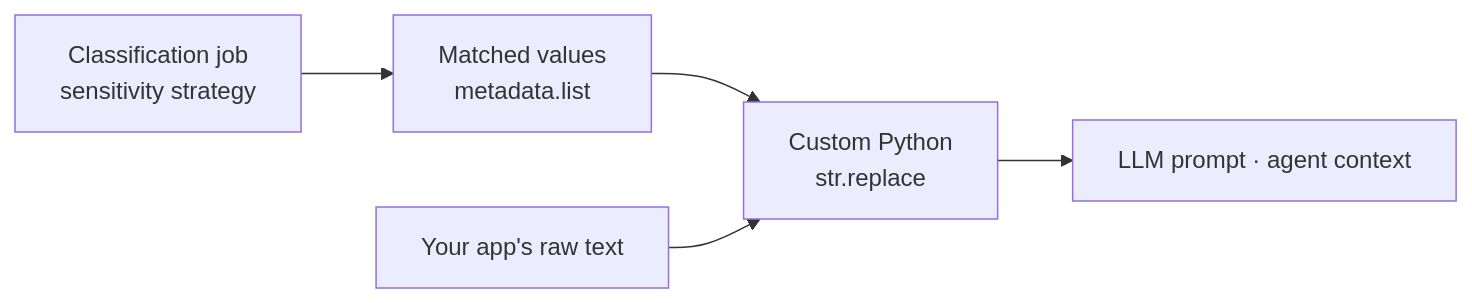
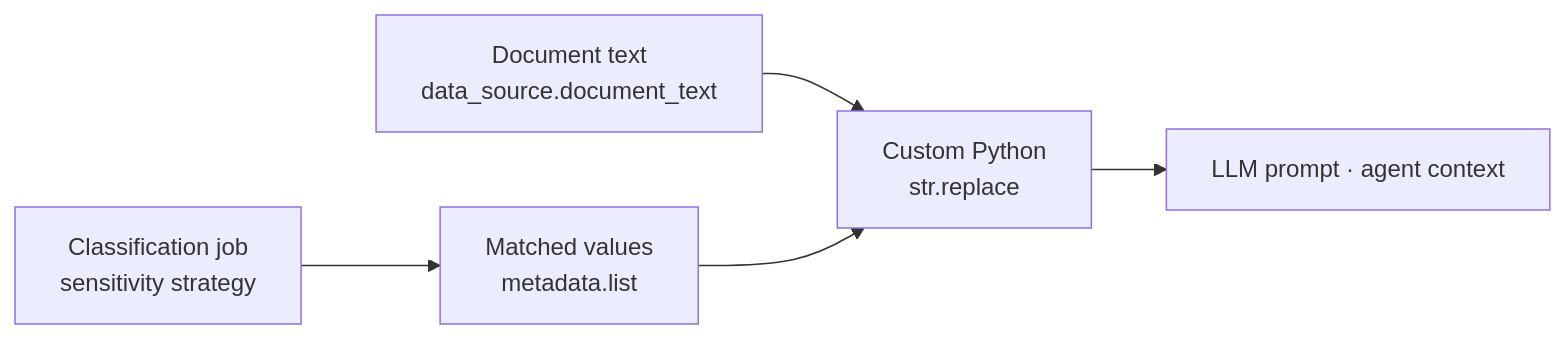
The diagram in cookbooks/redact-sensitive-text.mdx (Deasie-internal/deasy-docs), drawn with Mermaid before and after one commit. The commit also changed other lines of this file, not shown here.

First line of the commit message:
docs: fetch document text via SDK instead of a placeholder file read

````diff
--- a/cookbooks/redact-sensitive-text.mdx
+++ b/cookbooks/redact-sensitive-text.mdx
@@ -10,7 +10,7 @@
 ```mermaid
 flowchart LR
     RUN[Classification job<br/>sensitivity strategy] --> VAL[Matched values<br/>metadata.list]
-    VAL --> MASK[Custom Python<br/>str.replace]
-    RAW[Your app's raw text] --> MASK
+    TXT[Document text<br/>data_source.document_text] --> MASK[Custom Python<br/>str.replace]
+    VAL --> MASK
     MASK --> LLM[LLM prompt · agent context]
 ```
````
